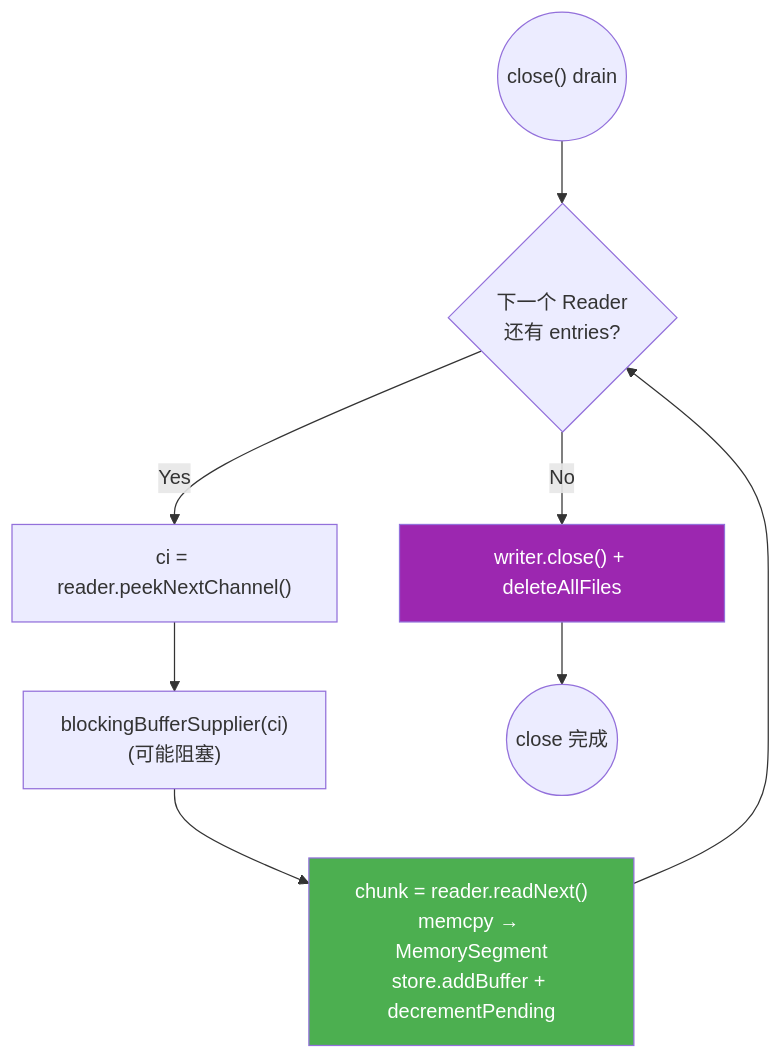
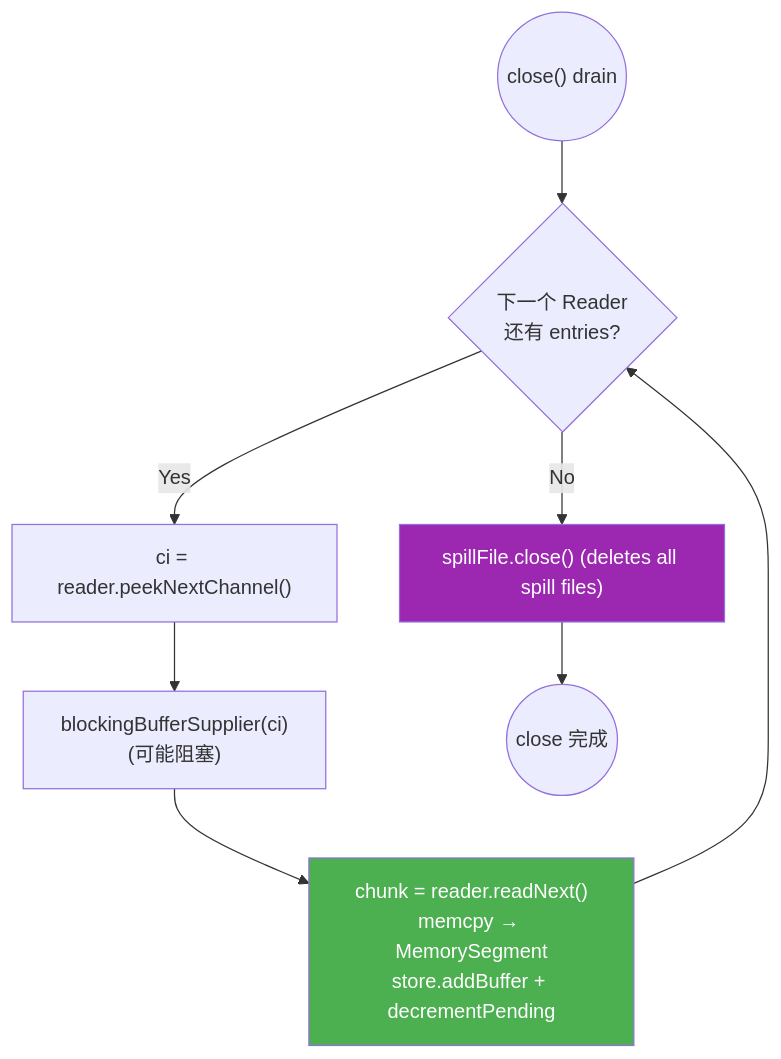
Before and after one commit to 1996fanrui/flink: the sixth of 7 diagrams in requirements/38544/data_flow.md, drawn with Mermaid. The commit also changed other lines of this file and 9 other files, not shown here.

First line of the commit message:
[FLINK-38544][docs] Rename recovery callbacks/APIs and collapse FilteredSpillFile.Writer

````diff
--- a/requirements/38544/data_flow.md
+++ b/requirements/38544/data_flow.md
@@ -155,13 +155,13 @@
 ```mermaid
 flowchart TD
     C(("close() drain")) --> Iter{"下一个 Reader<br/>还有 entries?"}
-    Iter -- No --> Cleanup["writer.close() + deleteAllFiles"]
+    Iter -- No --> Cleanup["spillFile.close() (deletes all spill files)"]
     Iter -- Yes --> PeekCi["ci = reader.peekNextChannel()"]
     PeekCi --> BlockBuf["blockingBufferSupplier(ci)<br/>(可能阻塞)"]
     BlockBuf --> Consume["chunk = reader.readNext()<br/>memcpy → MemorySegment<br/>store.addBuffer + decrementPending"]
     Consume --> Iter
     Cleanup --> Done(("close 完成"))
 
     style Consume fill:#4CAF50,color:#fff
     style Cleanup fill:#9C27B0,color:#fff
 ```
````
